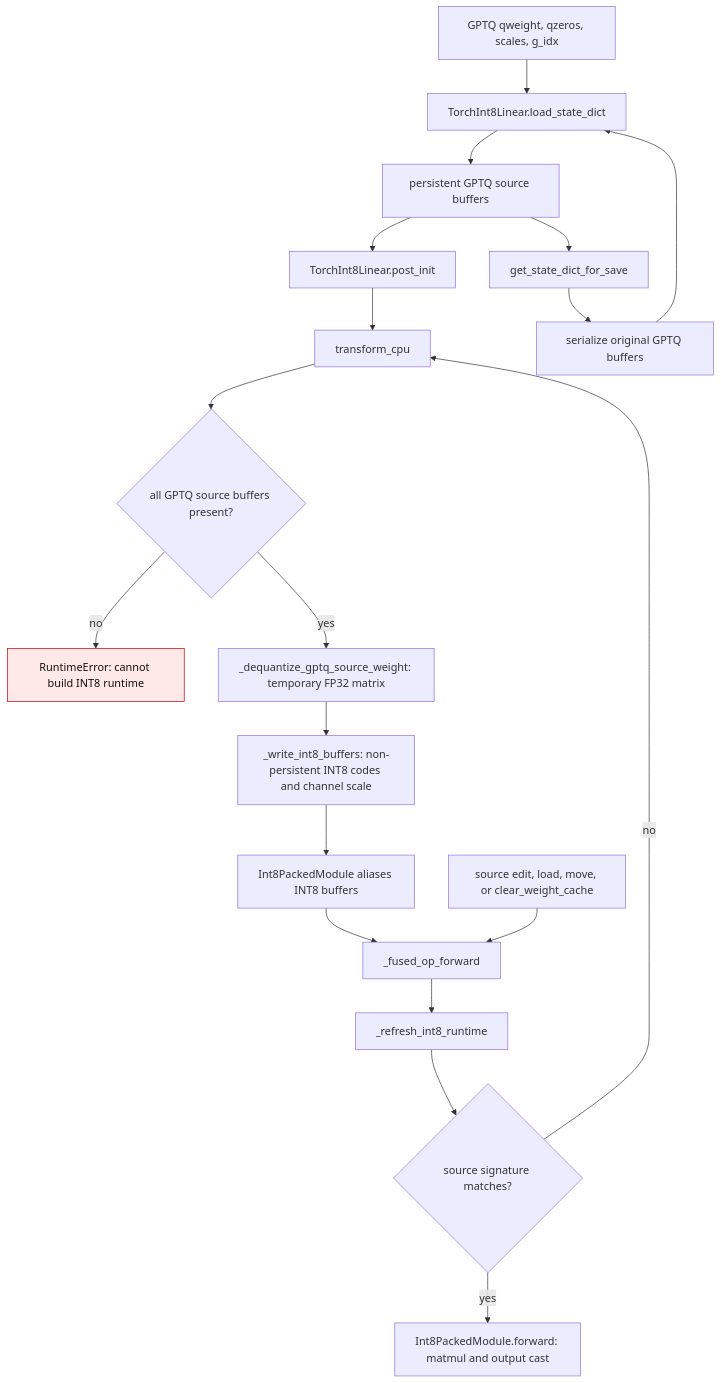
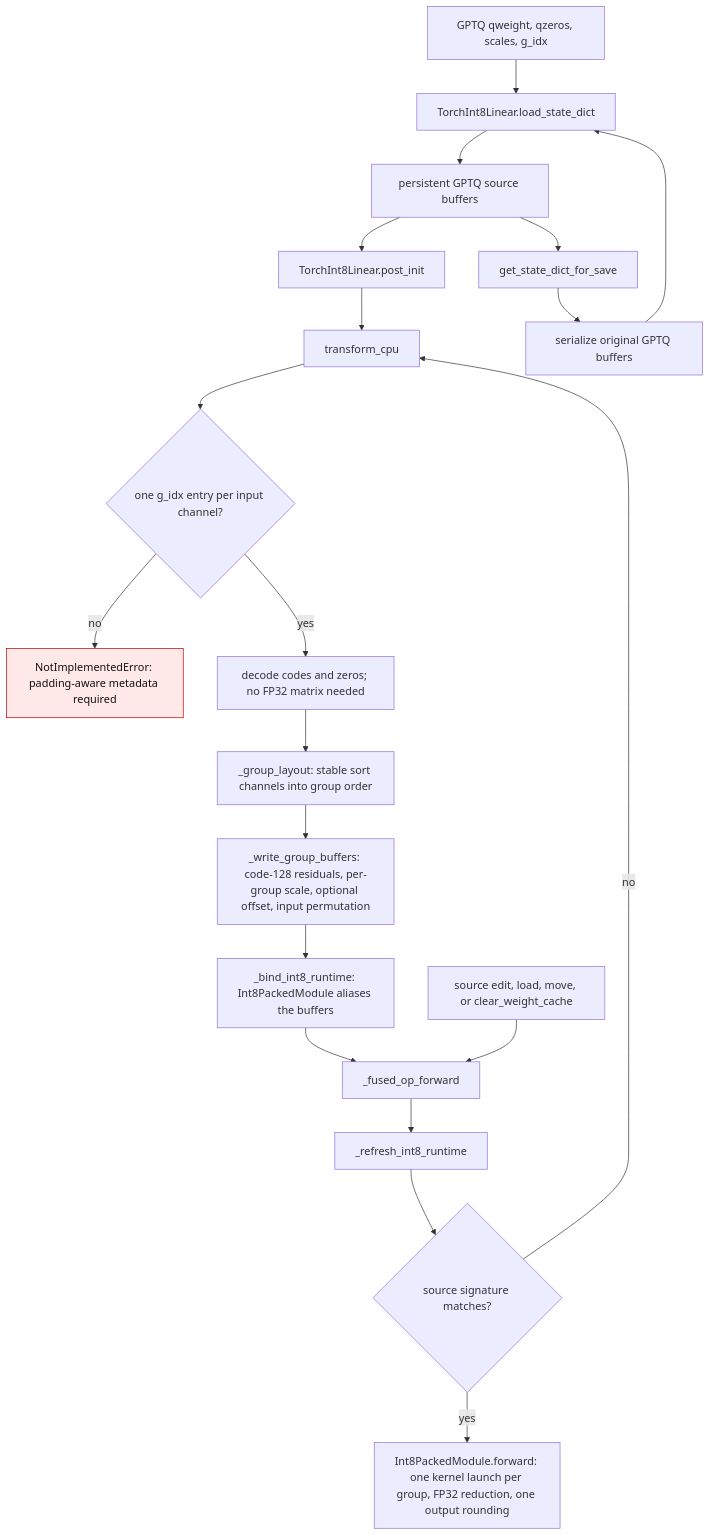
One commit to ModelCloud/GPTQModel changed the diagram in docs/torch-int8-checkpoint-lifecycle.md. Above: the diagram before and after it, drawn with Mermaid. The commit also changed other lines of this file and 11 other files, not shown here.

````diff
--- a/docs/torch-int8-checkpoint-lifecycle.md
+++ b/docs/torch-int8-checkpoint-lifecycle.md
@@ -9,23 +33,24 @@
 ```mermaid
 flowchart TD
     A["GPTQ qweight, qzeros, scales, g_idx"] --> B["TorchInt8Linear.load_state_dict"]
     B --> C["persistent GPTQ source buffers"]
     C --> D["TorchInt8Linear.post_init"]
     D --> T["transform_cpu"]
-    T --> E{"all GPTQ source buffers present?"}
-    E -->|no| X["RuntimeError: cannot build INT8 runtime"]
-    E -->|yes| F["_dequantize_gptq_source_weight: temporary FP32 matrix"]
-    F --> G["_write_int8_buffers: non-persistent INT8 codes and channel scale"]
-    G --> H["Int8PackedModule aliases INT8 buffers"]
+    T --> E{"one g_idx entry per input channel?"}
+    E -->|no| X["NotImplementedError: padding-aware metadata required"]
+    E -->|yes| F["decode codes and zeros; no FP32 matrix needed"]
+    F --> P["_group_layout: stable sort channels into group order"]
+    P --> G["_write_group_buffers: code-128 residuals, per-group scale, optional offset, input permutation"]
+    G --> H["_bind_int8_runtime: Int8PackedModule aliases the buffers"]
     H --> I["_fused_op_forward"]
     I --> R["_refresh_int8_runtime"]
     R --> Q{"source signature matches?"}
-    Q -->|yes| O["Int8PackedModule.forward: matmul and output cast"]
+    Q -->|yes| O["Int8PackedModule.forward: one kernel launch per group, FP32 reduction, one output rounding"]
     Q -->|no| T
     C --> S["get_state_dict_for_save"]
     S --> V["serialize original GPTQ buffers"]
     V --> B
     M["source edit, load, move, or clear_weight_cache"] --> I
     classDef failure fill:#ffe8e8,stroke:#b30000,color:#111
     class X failure
 ```
````
